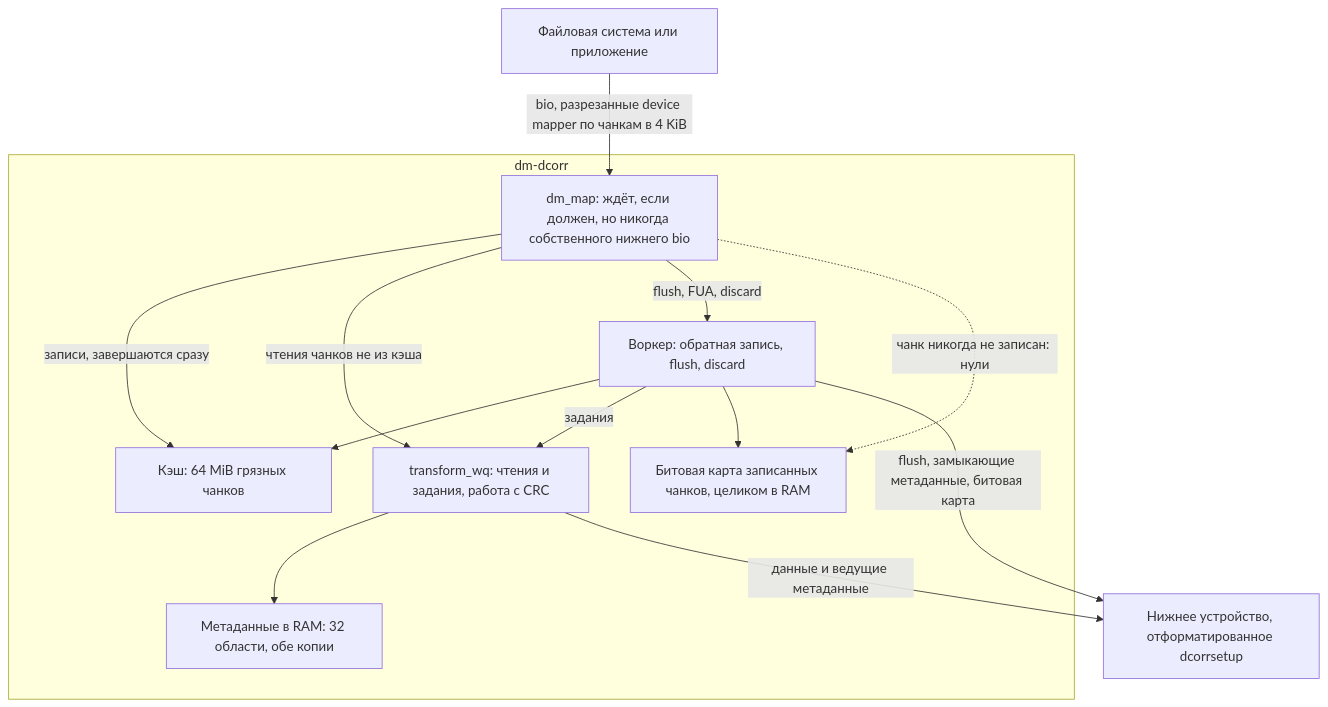
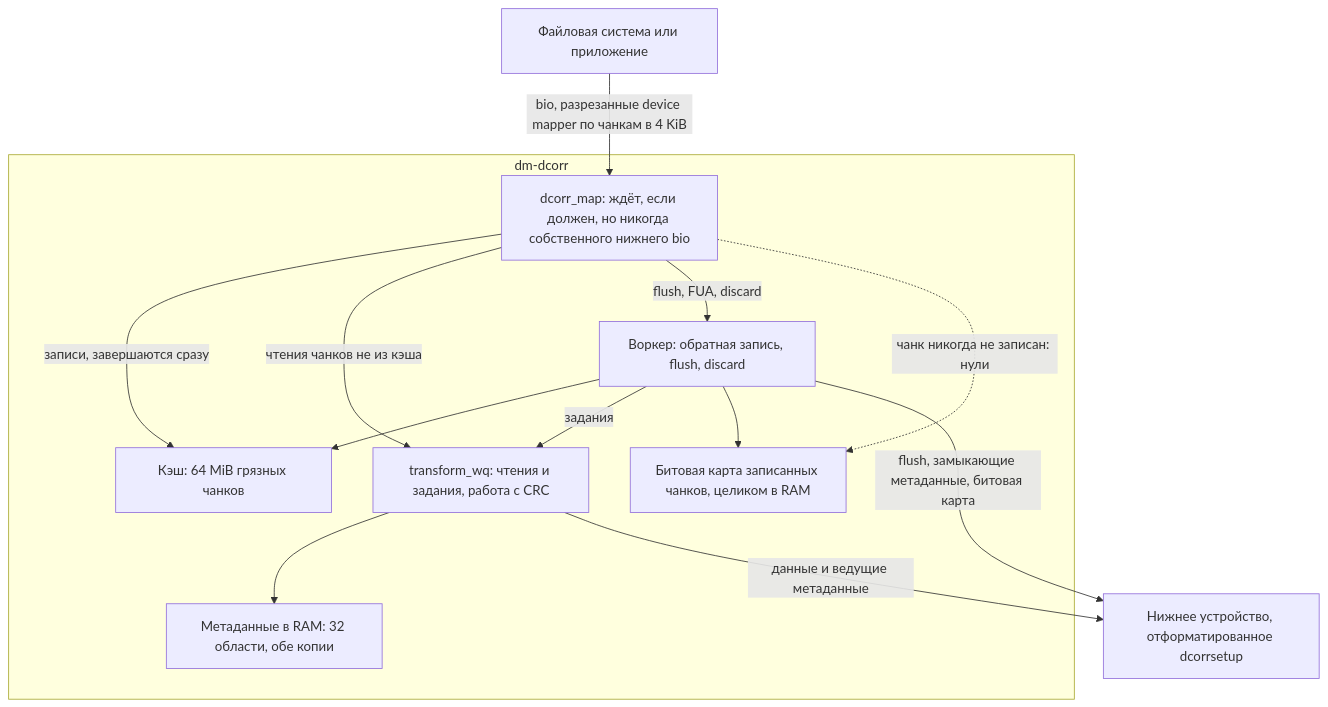
The first of 22 diagrams in docs/ru/DIAGRAMS.md (Dx-by-Dy/Automatic-Error-Correction-Driver), drawn with Mermaid before and after one commit. The commit also changed other lines of this file and 43 other files, not shown here.

````diff
--- a/docs/ru/DIAGRAMS.md
+++ b/docs/ru/DIAGRAMS.md
@@ -11,24 +11,24 @@
 ```mermaid
 flowchart TB
     fs["Файловая система или приложение"]
     subgraph driver["dm-dcorr"]
-        map["dm_map: ждёт, если должен, но никогда собственного нижнего bio"]
+        map["dcorr_map: ждёт, если должен, но никогда собственного нижнего bio"]
         cache["Кэш: 64 MiB грязных чанков"]
         worker["Воркер: обратная запись, flush, discard"]
         meta["Метаданные в RAM: 32 области, обе копии"]
         bitmap["Битовая карта записанных чанков, целиком в RAM"]
         parts["transform_wq: чтения и задания, работа с CRC"]
     end
     lower["Нижнее устройство, отформатированное dcorrsetup"]
     fs -- "bio, разрезанные device mapper по чанкам в 4 KiB" --> map
     map -- "записи, завершаются сразу" --> cache
     map -- "чтения чанков не из кэша" --> parts
     map -- "flush, FUA, discard" --> worker
     worker --> cache
     worker -- "задания" --> parts
     parts --> meta
     worker --> bitmap
     map -. "чанк никогда не записан: нули" .-> bitmap
     parts -- "данные и ведущие метаданные" --> lower
     worker -- "flush, замыкающие метаданные, битовая карта" --> lower
 ```
````
